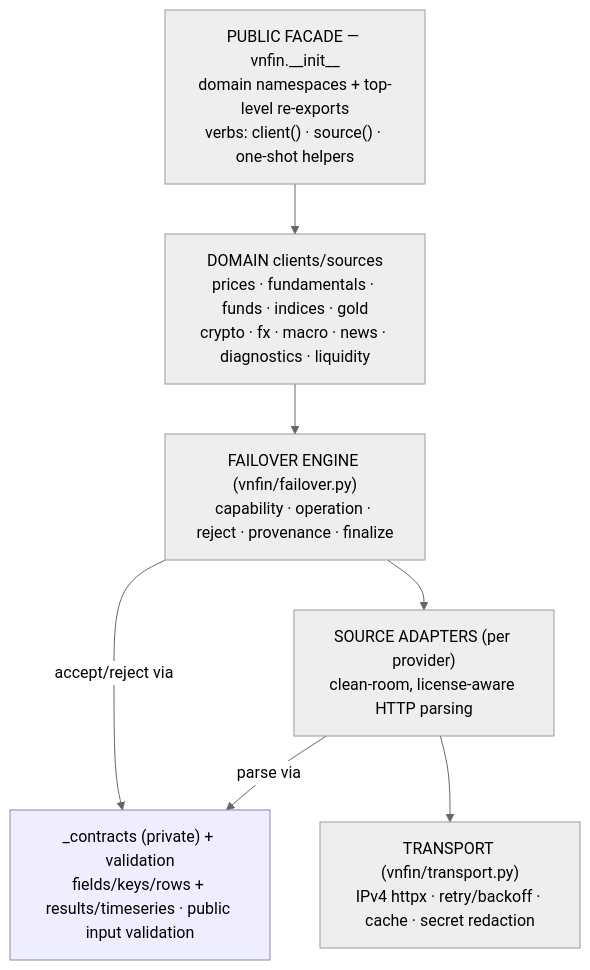
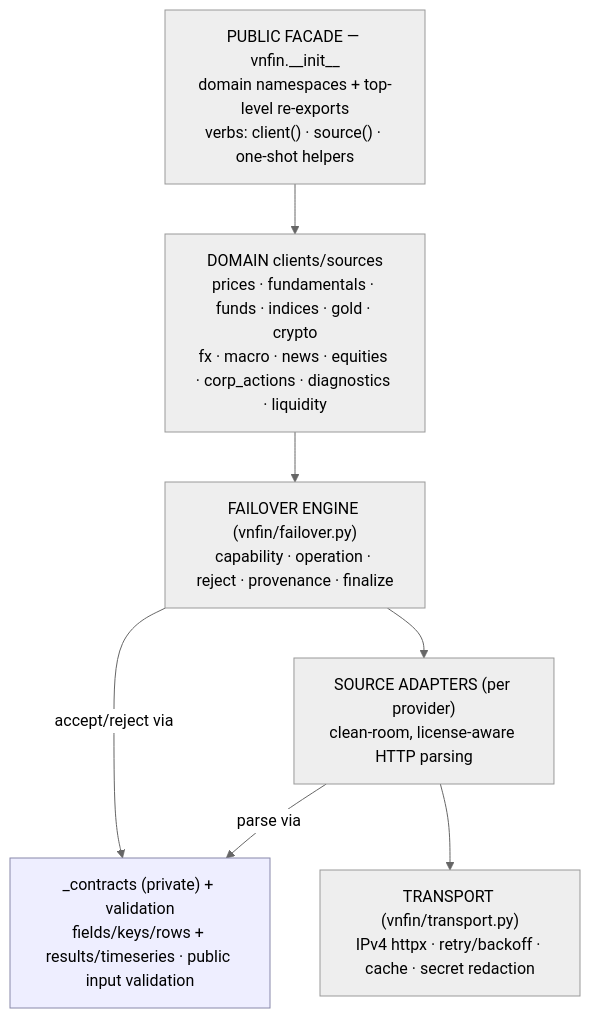
Before and after one commit to hungson175/vnfin: the diagram in docs/architecture/system-overview.md, drawn with Mermaid (neutral theme). The commit also changed other lines of this file and 4 other files, not shown here.

First line of the commit message:
docs: sync architecture/api docs to the v0.2 domain surface (equities + corp_actions)

````diff
--- a/docs/architecture/system-overview.md
+++ b/docs/architecture/system-overview.md
@@ -19,15 +19,15 @@
 ```mermaid
 flowchart TD
     F["PUBLIC FACADE — vnfin.__init__<br/>domain namespaces + top-level re-exports<br/>verbs: client() · source() · one-shot helpers"]
-    D["DOMAIN clients/sources<br/>prices · fundamentals · funds · indices · gold<br/>crypto · fx · macro · news · diagnostics · liquidity"]
+    D["DOMAIN clients/sources<br/>prices · fundamentals · funds · indices · gold · crypto<br/>fx · macro · news · equities · corp_actions · diagnostics · liquidity"]
     E["FAILOVER ENGINE (vnfin/failover.py)<br/>capability · operation · reject · provenance · finalize"]
     A["SOURCE ADAPTERS (per provider)<br/>clean-room, license-aware HTTP parsing"]
     C["_contracts (private) + validation<br/>fields/keys/rows + results/timeseries · public input validation"]
     T["TRANSPORT (vnfin/transport.py)<br/>IPv4 httpx · retry/backoff · cache · secret redaction"]
     F --> D --> E --> A
     A -- "parse via" --> C
     E -- "accept/reject via" --> C
     A --> T
     classDef priv fill:#eef,stroke:#88a;
     class C priv;
 ```
````
